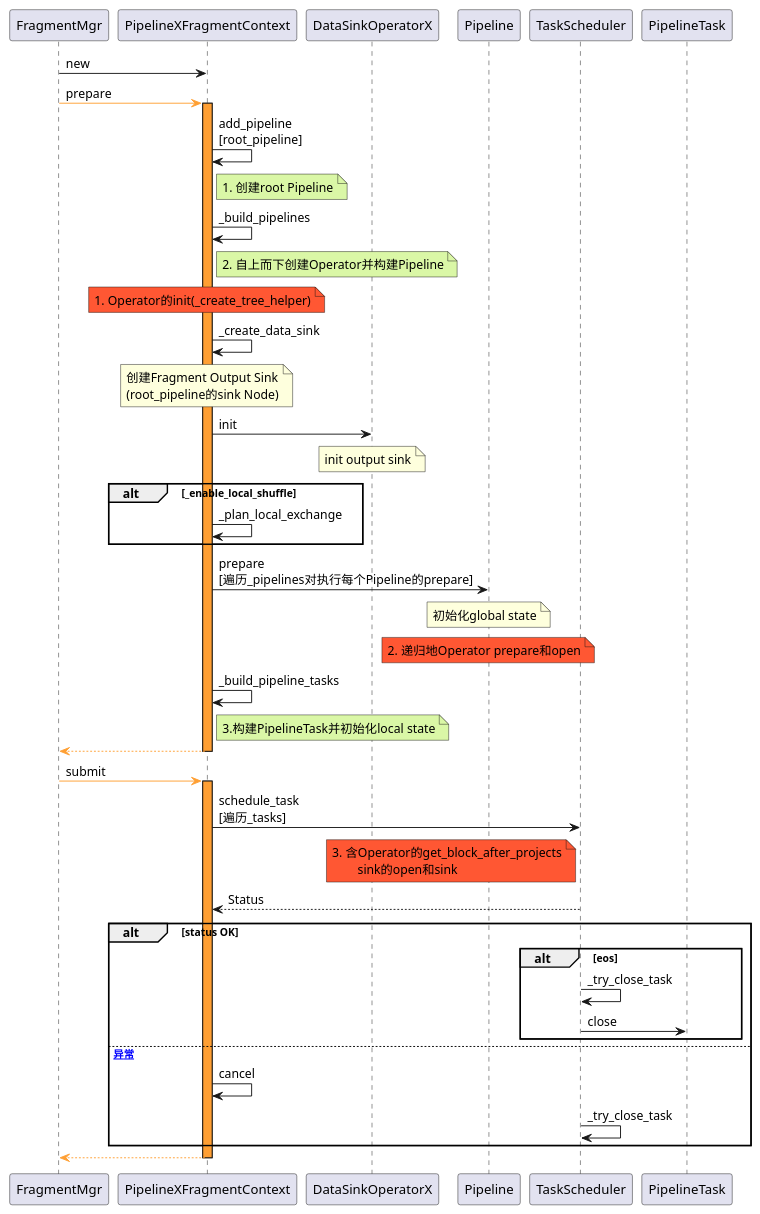
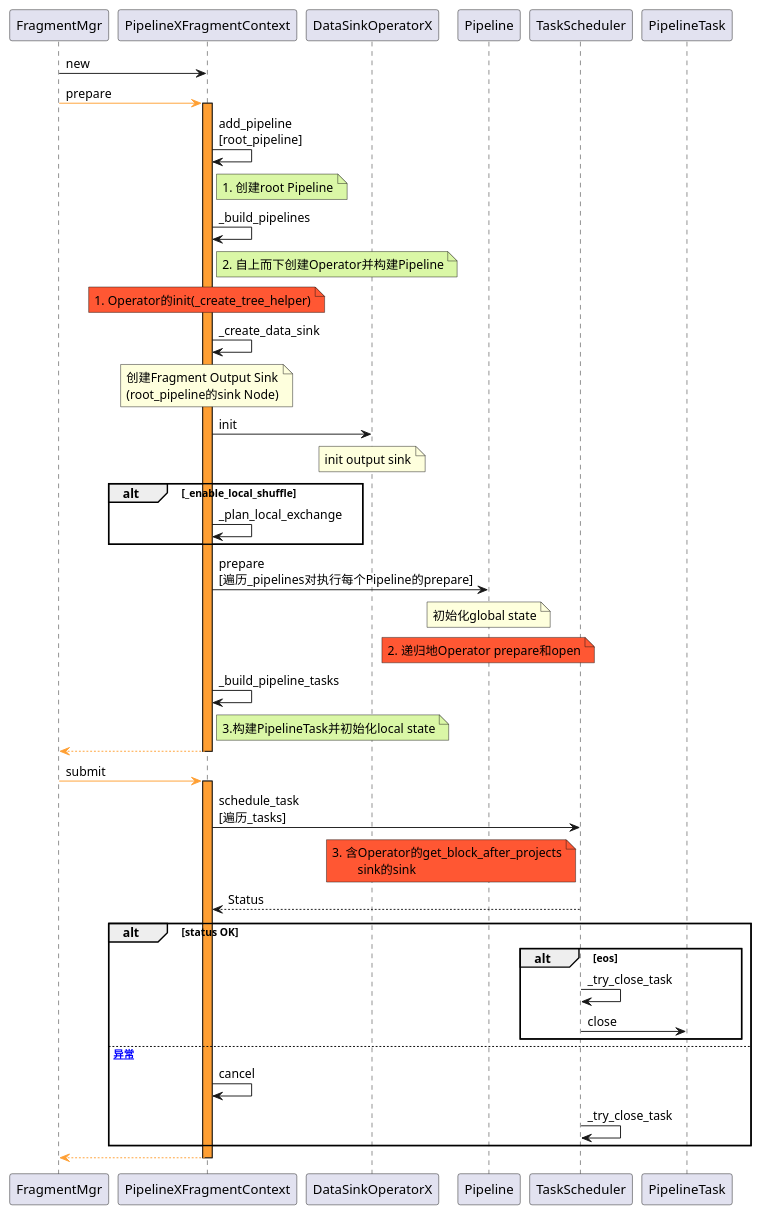
One commit to DepInjoy/geektime changed the first of 2 diagrams in doc/DB/Doris/SourceRead/13_00_Exec_PipelineX.md. Above: the diagram before and after it, drawn with PlantUML. The commit also changed 1 other file, not shown here.

Commit message:
Doris Block struct

````diff
--- a/doc/DB/Doris/SourceRead/13_00_Exec_PipelineX.md
+++ b/doc/DB/Doris/SourceRead/13_00_Exec_PipelineX.md
@@ -1,50 +1,50 @@
 ```plantuml
 @startuml
 FragmentMgr -> PipelineXFragmentContext:new
 FragmentMgr -[#FF9F33]> PipelineXFragmentContext:prepare
 activate PipelineXFragmentContext #FF9F33
 PipelineXFragmentContext -> PipelineXFragmentContext:add_pipeline\n[root_pipeline]
 note right of PipelineXFragmentContext #DAF7A6 : 1. 创建root Pipeline
 
 PipelineXFragmentContext -> PipelineXFragmentContext:_build_pipelines
 note right of PipelineXFragmentContext #DAF7A6 : 2. 自上而下创建Operator并构建Pipeline
 note over of PipelineXFragmentContext #FF5733 : 1. Operator的init(_create_tree_helper)
 
 PipelineXFragmentContext -> PipelineXFragmentContext:_create_data_sink
 note over of PipelineXFragmentContext: 创建Fragment Output Sink\n(root_pipeline的sink Node)
 
 PipelineXFragmentContext -> DataSinkOperatorX:init
 note over of DataSinkOperatorX : init output sink
 
 alt _enable_local_shuffle
 PipelineXFragmentContext -> PipelineXFragmentContext:_plan_local_exchange
 end
 
 PipelineXFragmentContext -> Pipeline:prepare\n[遍历_pipelines对执行每个Pipeline的prepare]
 note over of Pipeline: 初始化global state
 note over of Pipeline #FF5733 : 2. 递归地Operator prepare和open
 
 PipelineXFragmentContext -> PipelineXFragmentContext :_build_pipeline_tasks
 note right of PipelineXFragmentContext #DAF7A6 : 3.构建PipelineTask并初始化local state
 
 PipelineXFragmentContext -[#FF9F33]-> FragmentMgr
 deactivate PipelineXFragmentContext
 
 FragmentMgr -[#FF9F33]> PipelineXFragmentContext:submit
 activate PipelineXFragmentContext #FF9F33
 PipelineXFragmentContext -> TaskScheduler:schedule_task\n[遍历_tasks]
-note left of TaskScheduler #FF5733 : 3. 含Operator的get_block_after_projects\n\tsink的open和sink
+note left of TaskScheduler #FF5733 : 3. 含Operator的get_block_after_projects\n\tsink的sink
 TaskScheduler --> PipelineXFragmentContext : Status
 alt status OK
     alt eos
         TaskScheduler -> TaskScheduler:_try_close_task
         TaskScheduler -> PipelineTask:close
     end
 else [异常]
     PipelineXFragmentContext -> PipelineXFragmentContext:cancel
     TaskScheduler -> TaskScheduler:_try_close_task
 end
 PipelineXFragmentContext -[#FF9F33]-> FragmentMgr
 deactivate PipelineXFragmentContext
 @enduml
 ```
````
